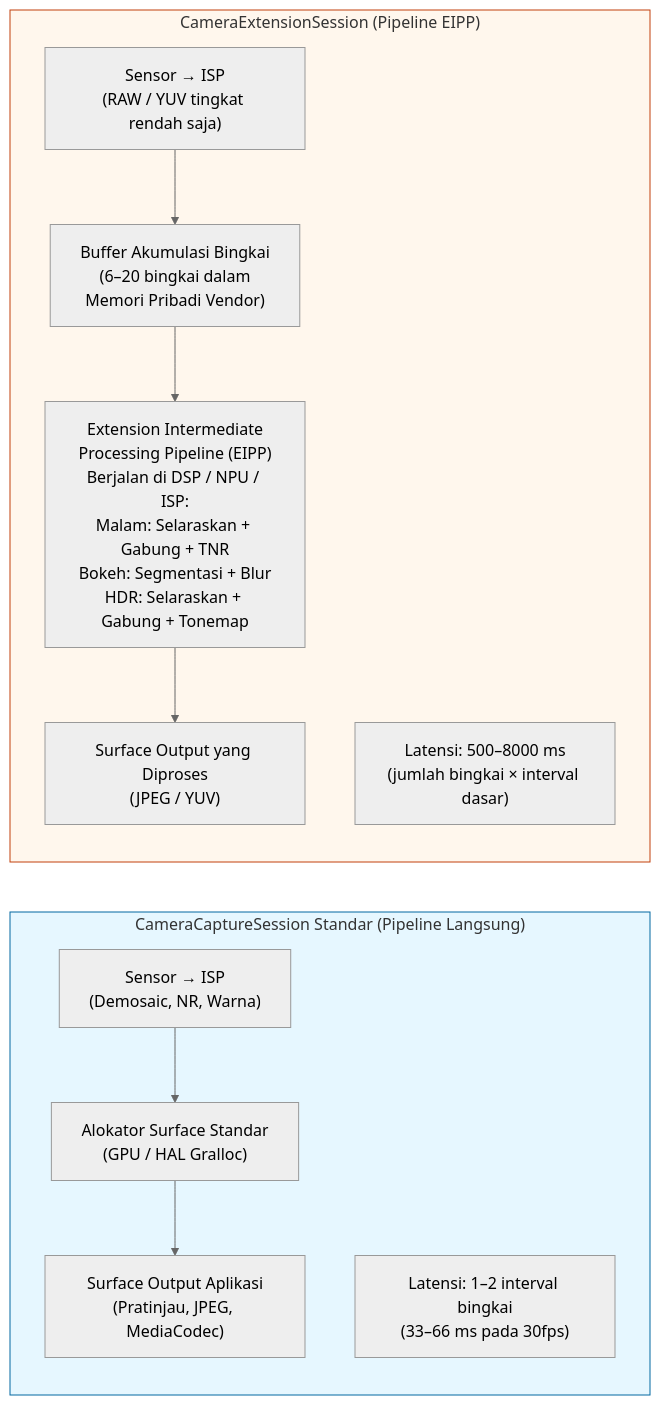
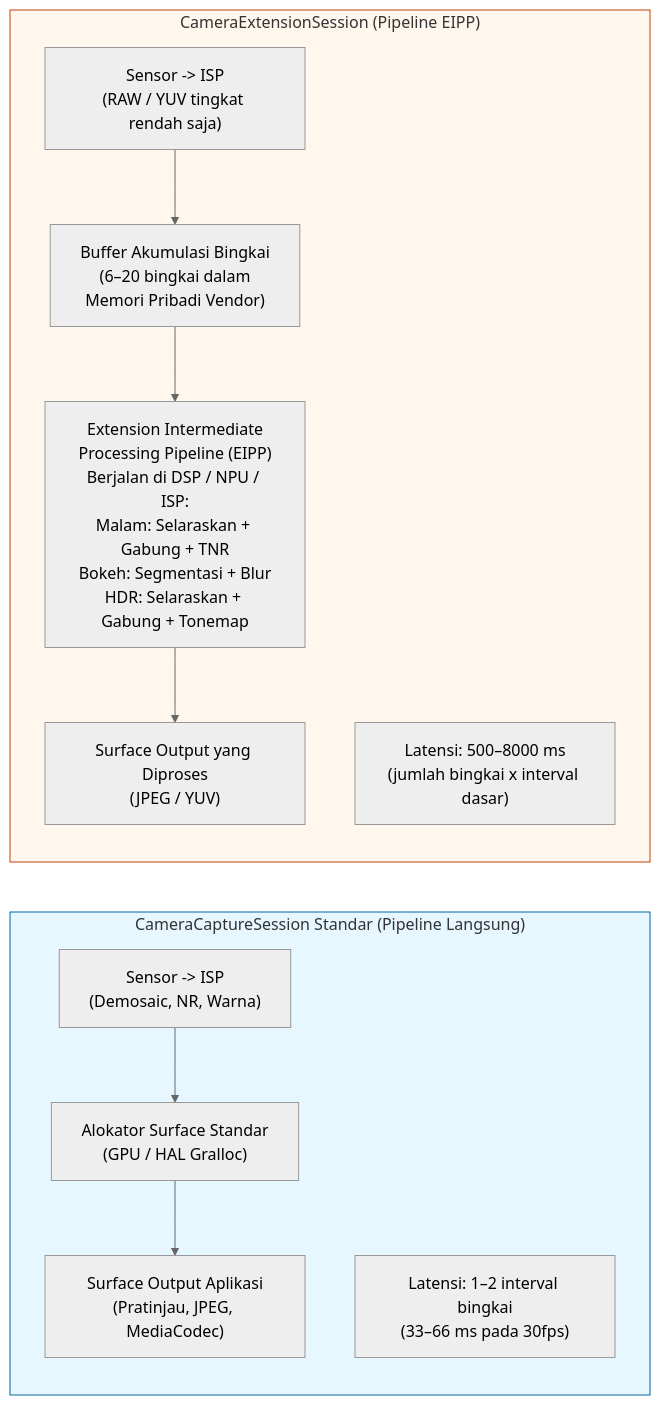
The first of 2 diagrams in website/i18n/id/docusaurus-plugin-content-docs/current/camera2/camera-extensions.md (zoozooll/AndroidCameraParameters), drawn with Mermaid (neutral theme) before and after one commit. The commit also changed other lines of this file and 77 other files, not shown here.

First line of the commit message:
docs: standardize Mermaid syntax and polish 3A pipeline translations

````diff
--- a/website/i18n/id/docusaurus-plugin-content-docs/current/camera2/camera-extensions.md
+++ b/website/i18n/id/docusaurus-plugin-content-docs/current/camera2/camera-extensions.md
@@ -34,24 +34,24 @@
 ```mermaid
 flowchart LR
     subgraph STANDARD["CameraCaptureSession Standar (Pipeline Langsung)"]
         direction TB
-        S1["Sensor → ISP<br/>(Demosaic, NR, Warna)"]
+        S1["Sensor -> ISP<br/>(Demosaic, NR, Warna)"]
         S2["Alokator Surface Standar<br/>(GPU / HAL Gralloc)"]
         S3["Surface Output Aplikasi<br/>(Pratinjau, JPEG, MediaCodec)"]
         S1 --> S2 --> S3
         SLAT["Latensi: 1–2 interval bingkai<br/>(33–66 ms pada 30fps)"]
     end
 
     subgraph EXTENSION["CameraExtensionSession (Pipeline EIPP)"]
         direction TB
-        E1["Sensor → ISP<br/>(RAW / YUV tingkat rendah saja)"]
+        E1["Sensor -> ISP<br/>(RAW / YUV tingkat rendah saja)"]
         E2["Buffer Akumulasi Bingkai<br/>(6–20 bingkai dalam<br/>Memori Pribadi Vendor)"]
         E3["Extension Intermediate<br/>Processing Pipeline (EIPP)<br/>Berjalan di DSP / NPU / ISP:<br/>Malam: Selaraskan + Gabung + TNR<br/>Bokeh: Segmentasi + Blur<br/>HDR: Selaraskan + Gabung + Tonemap"]
         E4["Surface Output yang Diproses<br/>(JPEG / YUV)"]
         E1 --> E2 --> E3 --> E4
-        ELAT["Latensi: 500–8000 ms<br/>(jumlah bingkai × interval dasar)"]
+        ELAT["Latensi: 500–8000 ms<br/>(jumlah bingkai x interval dasar)"]
     end
 
     style STANDARD fill:#e6f7ff,stroke:#0369a1
     style EXTENSION fill:#fff7ed,stroke:#c2410c
 ```
````
